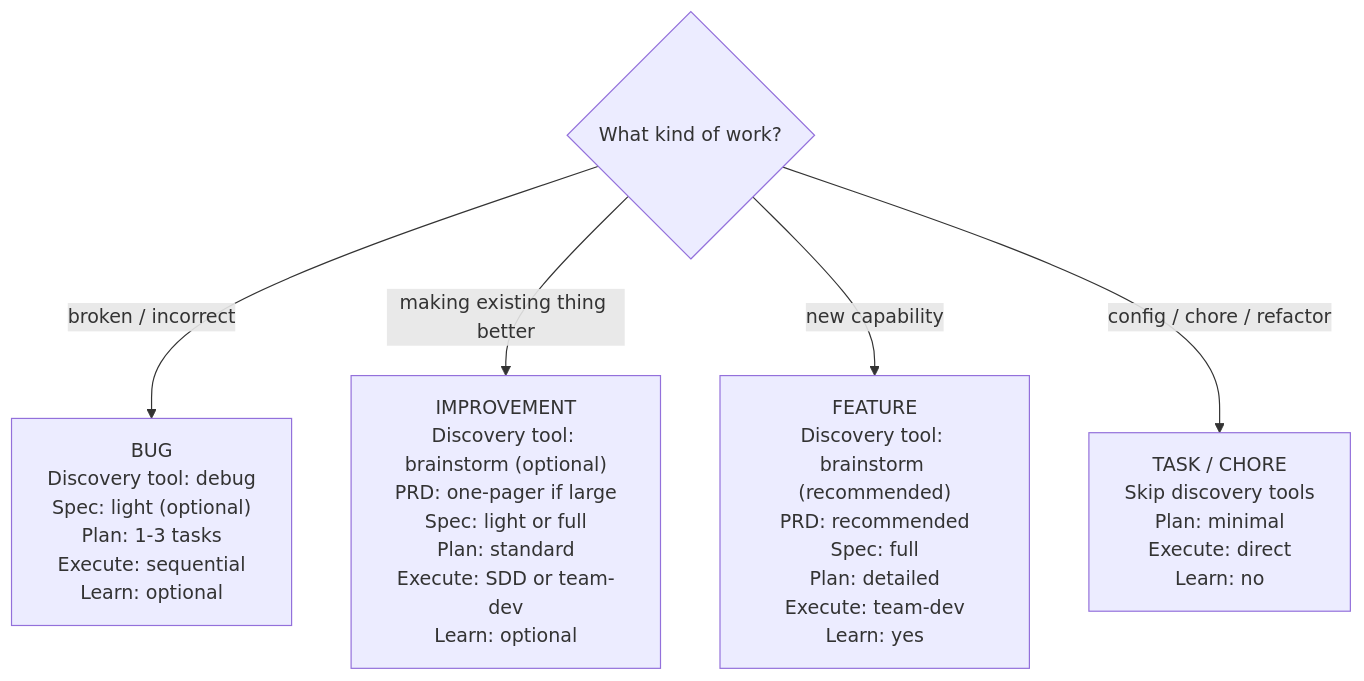
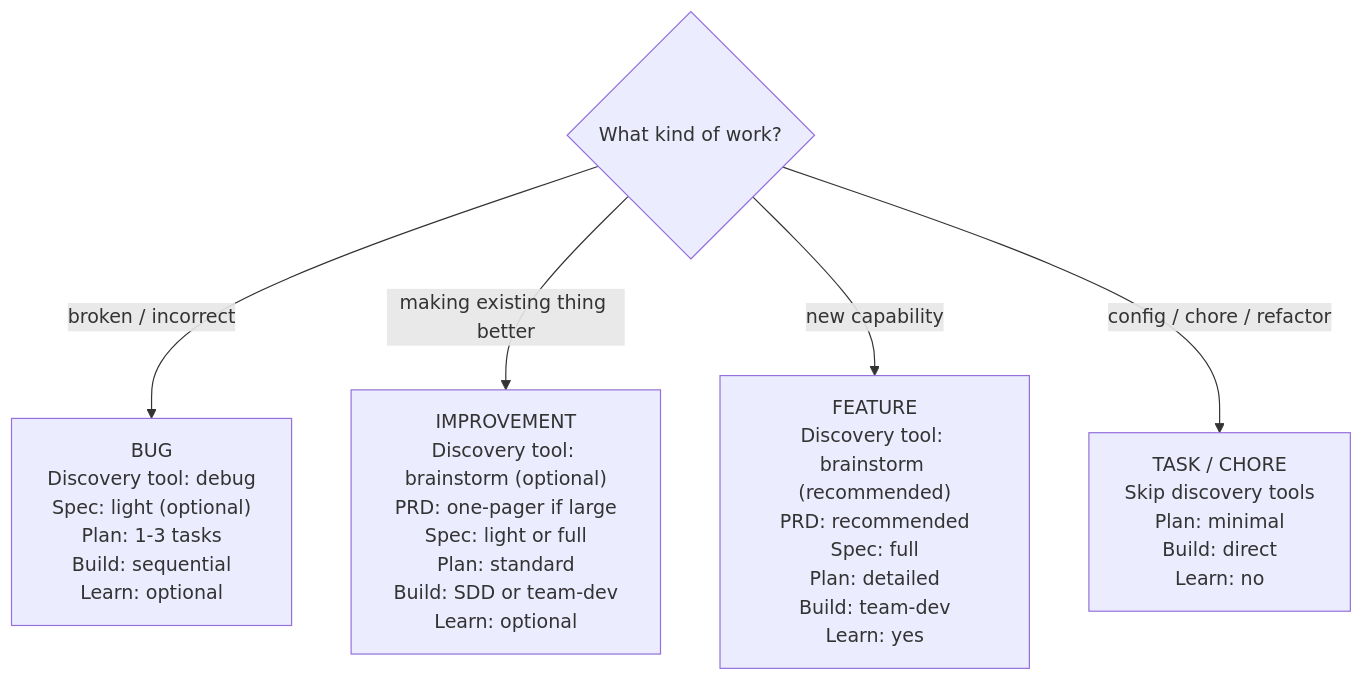
The second of 2 diagrams in core/skills/kickoff/SKILL.md (duronext/jig), drawn with Mermaid before and after one commit. The commit also changed other lines of this file and 10 other files, not shown here.

````diff
--- a/core/skills/kickoff/SKILL.md
+++ b/core/skills/kickoff/SKILL.md
@@ -87,8 +87,8 @@
 ```mermaid
 graph TD
   start{"What kind of work?"}
-  start -->|broken / incorrect| bug["BUG<br/>Discovery tool: debug<br/>Spec: light (optional)<br/>Plan: 1-3 tasks<br/>Execute: sequential<br/>Learn: optional"]
-  start -->|making existing thing better| improvement["IMPROVEMENT<br/>Discovery tool: brainstorm (optional)<br/>PRD: one-pager if large<br/>Spec: light or full<br/>Plan: standard<br/>Execute: SDD or team-dev<br/>Learn: optional"]
-  start -->|new capability| feature["FEATURE<br/>Discovery tool: brainstorm (recommended)<br/>PRD: recommended<br/>Spec: full<br/>Plan: detailed<br/>Execute: team-dev<br/>Learn: yes"]
-  start -->|config / chore / refactor| task["TASK / CHORE<br/>Skip discovery tools<br/>Plan: minimal<br/>Execute: direct<br/>Learn: no"]
+  start -->|broken / incorrect| bug["BUG<br/>Discovery tool: debug<br/>Spec: light (optional)<br/>Plan: 1-3 tasks<br/>Build: sequential<br/>Learn: optional"]
+  start -->|making existing thing better| improvement["IMPROVEMENT<br/>Discovery tool: brainstorm (optional)<br/>PRD: one-pager if large<br/>Spec: light or full<br/>Plan: standard<br/>Build: SDD or team-dev<br/>Learn: optional"]
+  start -->|new capability| feature["FEATURE<br/>Discovery tool: brainstorm (recommended)<br/>PRD: recommended<br/>Spec: full<br/>Plan: detailed<br/>Build: team-dev<br/>Learn: yes"]
+  start -->|config / chore / refactor| task["TASK / CHORE<br/>Skip discovery tools<br/>Plan: minimal<br/>Build: direct<br/>Learn: no"]
 ```
````
